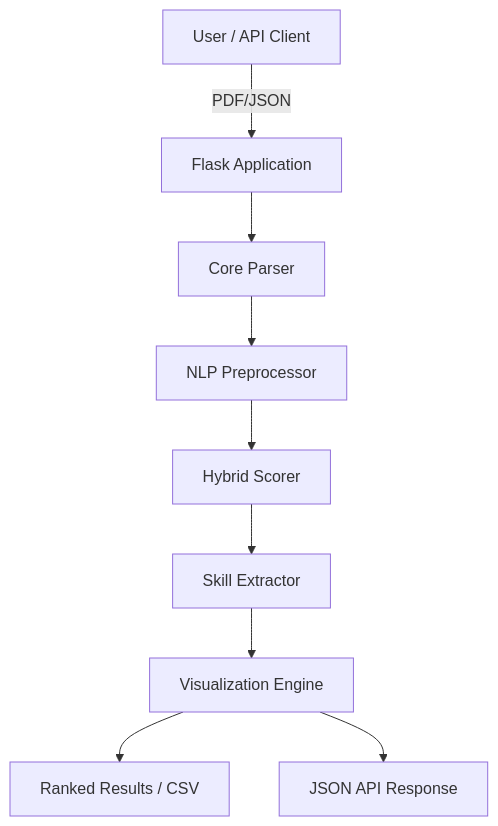
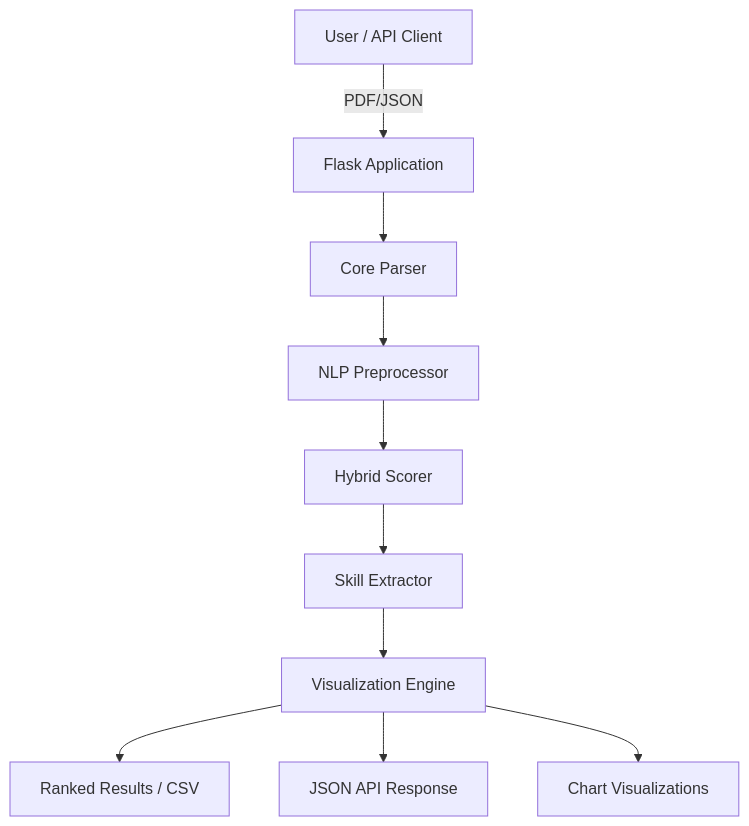
One commit to AtharvaVavhal/HireMatch changed the diagram in README.md. Above: the diagram before and after it, drawn with Mermaid. The commit also changed other lines of this file, not shown here.

````diff
--- a/README.md
+++ b/README.md
@@ -78,11 +80,12 @@
 ```mermaid
 graph TD
     A[User / API Client] -->|PDF/JSON| B[Flask Application]
     B --> C[Core Parser]
     C --> D[NLP Preprocessor]
     D --> E[Hybrid Scorer]
     E --> F[Skill Extractor]
     F --> G[Visualization Engine]
     G --> H[Ranked Results / CSV]
     G --> I[JSON API Response]
+    G --> J[Chart Visualizations]
 ```
````
